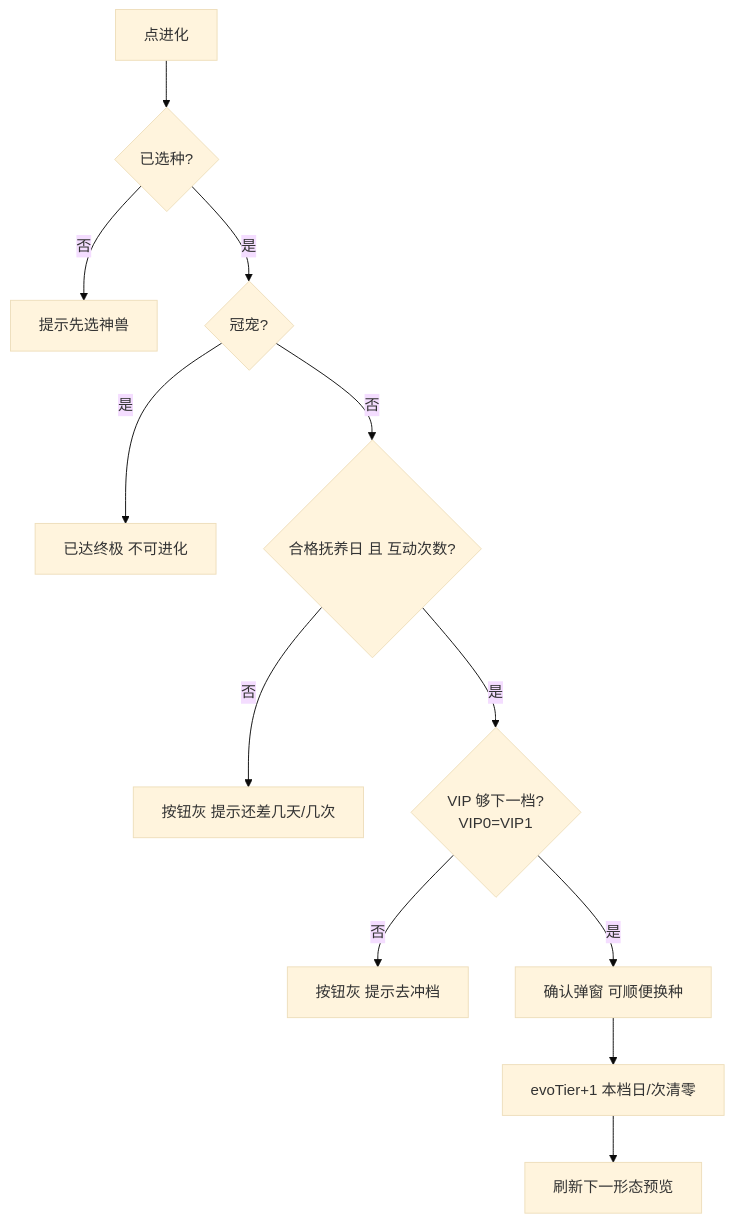
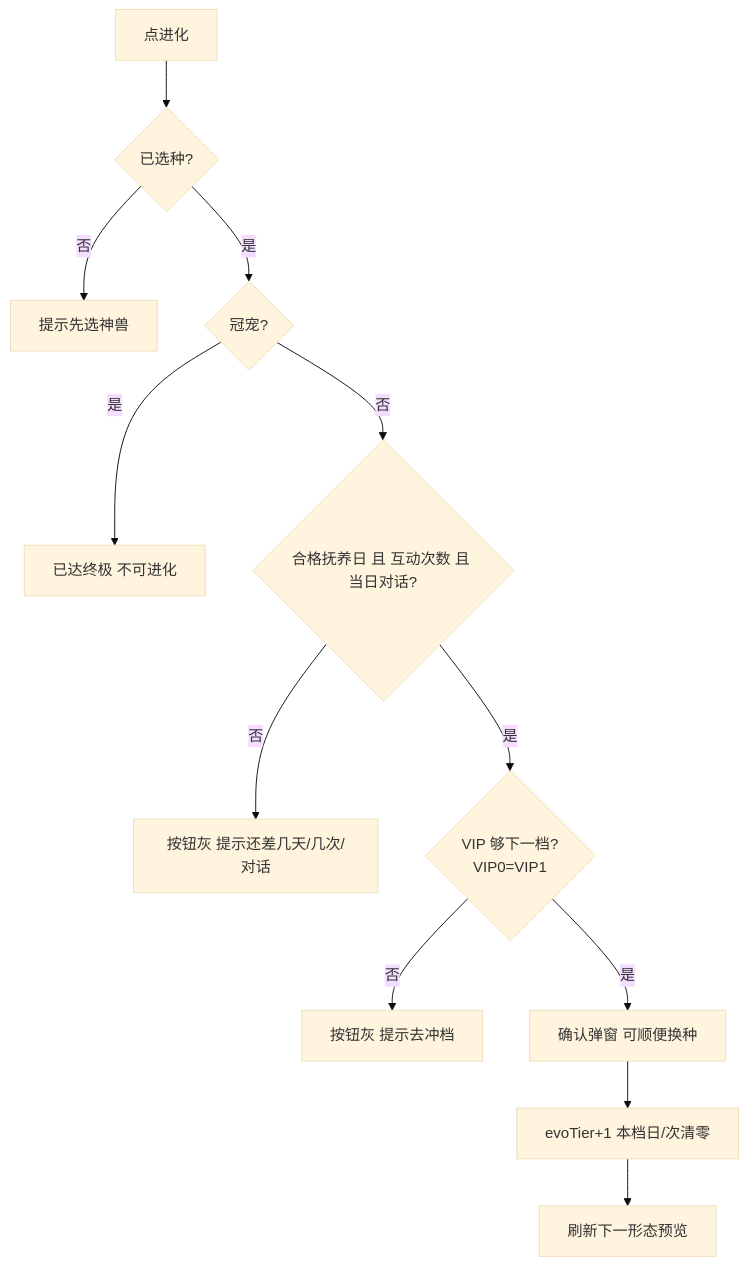
Before and after one commit to huasabrina8-dotcom/qq-pet-vip-prototype: the third of 7 diagrams in docs/萌宠乐园-开发测试宣讲需求.md, drawn with Mermaid (base theme). The commit also changed other lines of this file and 17 other files, not shown here.

````diff
--- a/docs/萌宠乐园-开发测试宣讲需求.md
+++ b/docs/萌宠乐园-开发测试宣讲需求.md
@@ -599,14 +645,14 @@
 ```mermaid
 flowchart TD
   A[点进化] --> B{已选种?}
   B -->|否| C[提示先选神兽]
   B -->|是| D{冠宠?}
   D -->|是| E[已达终极 不可进化]
-  D -->|否| F{合格抚养日 且 互动次数?}
-  F -->|否| G[按钮灰 提示还差几天/几次]
+  D -->|否| F{合格抚养日 且 互动次数 且 当日对话?}
+  F -->|否| G[按钮灰 提示还差几天/几次/对话]
   F -->|是| H{VIP 够下一档?<br/>VIP0=VIP1}
   H -->|否| I[按钮灰 提示去冲档]
   H -->|是| J[确认弹窗 可顺便换种]
   J --> K[evoTier+1 本档日/次清零]
   K --> L[刷新下一形态预览]
 ```
````
